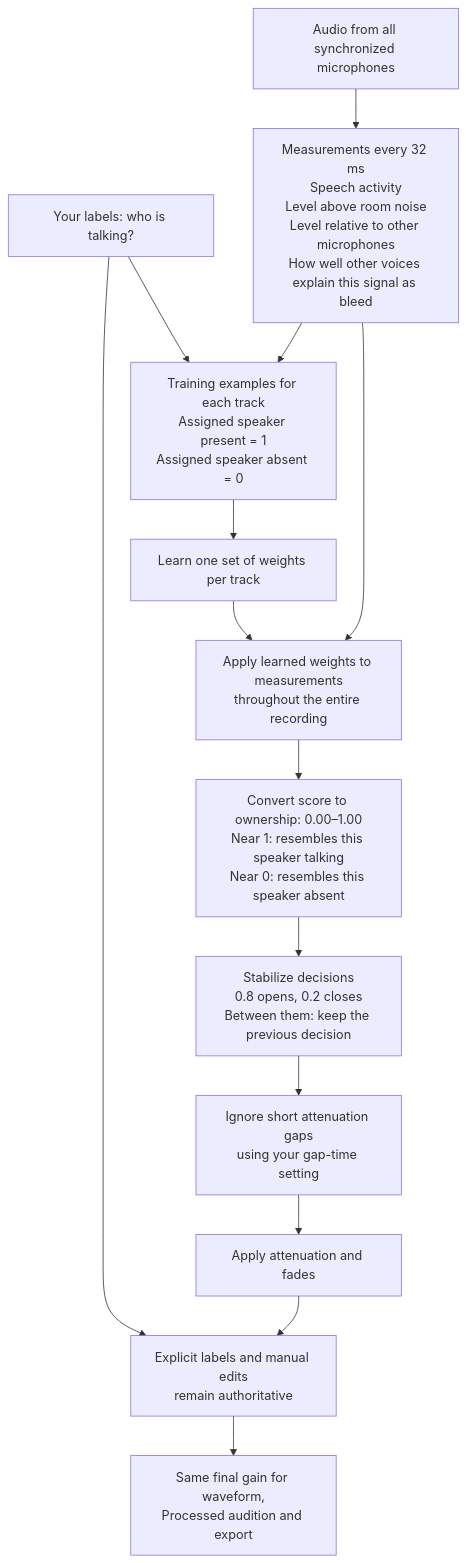
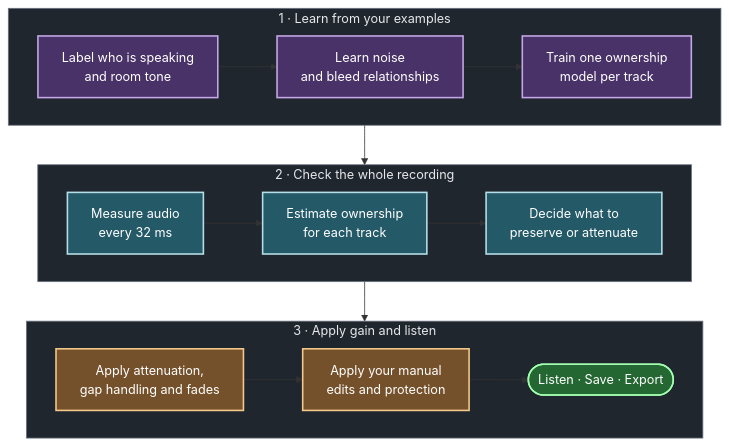
The diagram in docs/ownership-explained.md (Today20092/podcast-bleed-reducer), drawn with Mermaid before and after one commit. The commit also changed other lines of this file, not shown here.

Commit message:
docs: simplify ownership guide and clarify analysis diagram

````diff
--- a/docs/ownership-explained.md
+++ b/docs/ownership-explained.md
@@ -5,16 +23,35 @@
 ```mermaid
 flowchart TD
-    L["Your labels: who is talking?"] --> T["Training examples for each track<br/>Assigned speaker present = 1<br/>Assigned speaker absent = 0"]
-    A["Audio from all synchronized microphones"] --> F["Measurements every 32 ms<br/>Speech activity<br/>Level above room noise<br/>Level relative to other microphones<br/>How well other voices explain this signal as bleed"]
-    F --> T
-    T --> M["Learn one set of weights per track"]
-    M --> S["Apply learned weights to measurements<br/>throughout the entire recording"]
-    F --> S
-    S --> P["Convert score to ownership: 0.00–1.00<br/>Near 1: resembles this speaker talking<br/>Near 0: resembles this speaker absent"]
-    P --> H["Stabilize decisions<br/>0.8 opens, 0.2 closes<br/>Between them: keep the previous decision"]
-    H --> G["Ignore short attenuation gaps<br/>using your gap-time setting"]
-    G --> E["Apply attenuation and fades"]
-    L --> C["Explicit labels and manual edits<br/>remain authoritative"]
-    E --> C
-    C --> O["Same final gain for waveform,<br/>Processed audition and export"]
+    subgraph LEARN["1 · Learn from your examples"]
+        direction LR
+        L["Label who is speaking<br/>and room tone"] --> C["Learn noise<br/>and bleed relationships"]
+        C --> M["Train one ownership<br/>model per track"]
+    end
+
+    subgraph ANALYZE["2 · Check the whole recording"]
+        direction LR
+        A["Measure audio<br/>every 32 ms"] --> P["Estimate ownership<br/>for each track"]
+        P --> D["Decide what to<br/>preserve or attenuate"]
+    end
+
+    subgraph SOUND["3 · Apply gain and listen"]
+        direction LR
+        G["Apply attenuation,<br/>gap handling and fades"] --> E["Apply your manual<br/>edits and protection"]
+        E --> O(["Listen · Save · Export"])
+    end
+
+    M --> P
+    D --> G
+
+    classDef learn fill:#493267,stroke:#C4A7E7,color:#FFFFFF,stroke-width:2px
+    classDef analyze fill:#245968,stroke:#B5DFE8,color:#FFFFFF,stroke-width:2px
+    classDef gain fill:#75512B,stroke:#F4C98B,color:#FFFFFF,stroke-width:2px
+    classDef output fill:#246732,stroke:#A2FFB0,color:#FFFFFF,stroke-width:2px
+    class L,C,M learn
+    class A,P,D analyze
+    class G,E gain
+    class O output
+    style LEARN fill:#20262E,stroke:#6B7280,color:#E5E7EB
+    style ANALYZE fill:#20262E,stroke:#6B7280,color:#E5E7EB
+    style SOUND fill:#20262E,stroke:#6B7280,color:#E5E7EB
 ```
````
